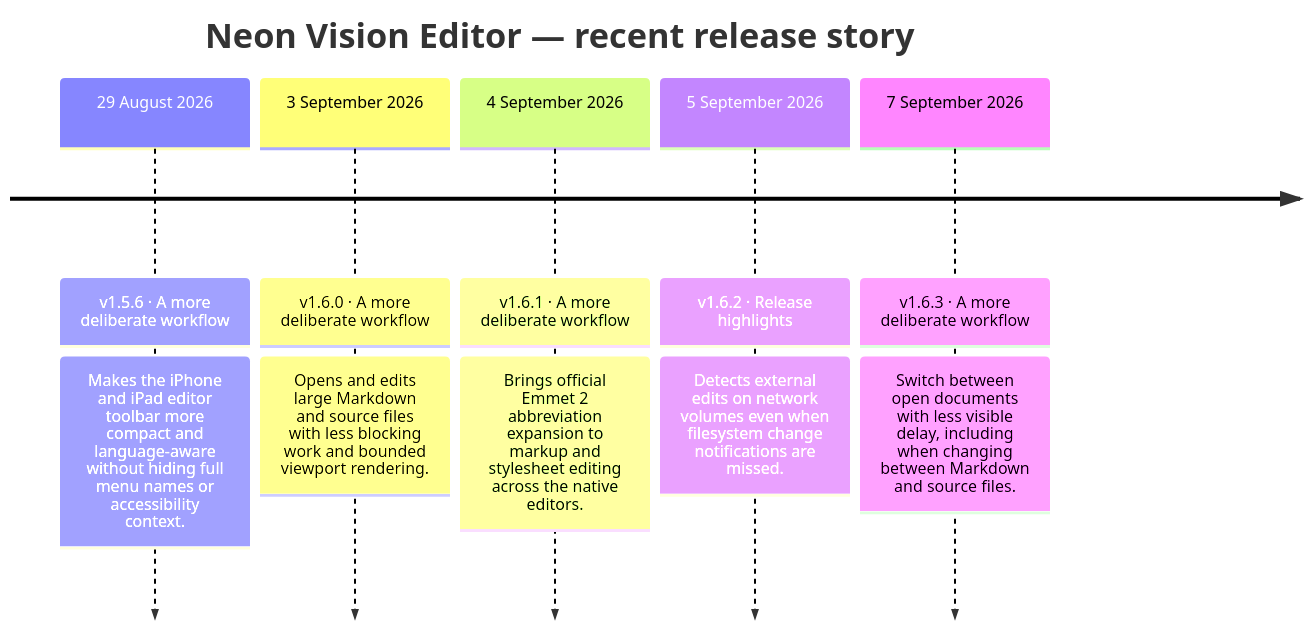
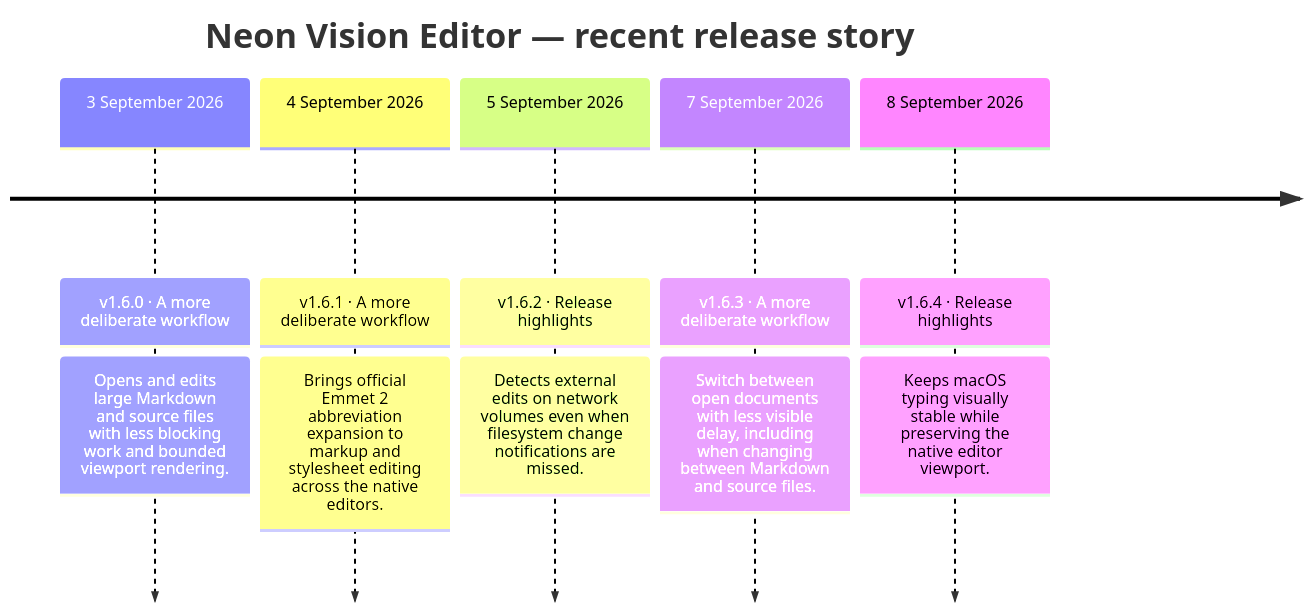
The diagram in README.md (h3pdesign/Neon-Vision-Editor), drawn with Mermaid before and after one commit. The commit also changed other lines of this file and 9 other files, not shown here.

````diff
--- a/README.md
+++ b/README.md
@@ -751,14 +746,14 @@
 ```mermaid
 timeline
     title Neon Vision Editor — recent release story
-    29 August 2026 : v1.5.6 · A more deliberate workflow
-                : Makes the iPhone and iPad editor toolbar more compact and language-aware without hiding full menu names or accessibility context.
     3 September 2026 : v1.6.0 · A more deliberate workflow
                 : Opens and edits large Markdown and source files with less blocking work and bounded viewport rendering.
     4 September 2026 : v1.6.1 · A more deliberate workflow
                 : Brings official Emmet 2 abbreviation expansion to markup and stylesheet editing across the native editors.
     5 September 2026 : v1.6.2 · Release highlights
                 : Detects external edits on network volumes even when filesystem change notifications are missed.
     7 September 2026 : v1.6.3 · A more deliberate workflow
                 : Switch between open documents with less visible delay, including when changing between Markdown and source files.
+    8 September 2026 : v1.6.4 · Release highlights
+                : Keeps macOS typing visually stable while preserving the native editor viewport.
 ```
````
